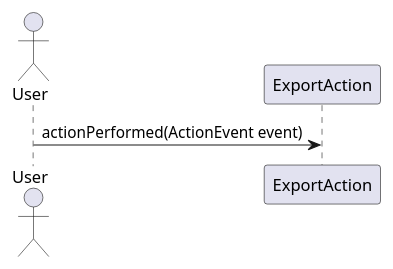
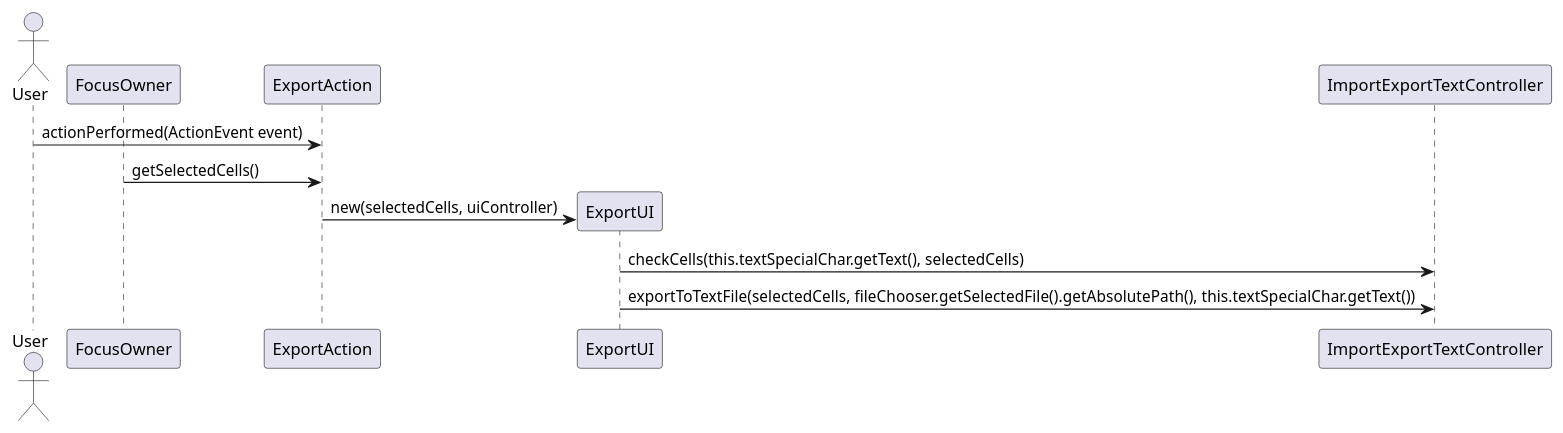
Before and after one commit to PeFerreira98/ISEP.Lic.LAPR4_2017: the diagram in src/main/java/lapr4/green/s1/ipc/n1130626/importexporttext/ipc04.1_design_part6_export.puml, drawn with PlantUML. The commit also changed 3 other files, not shown here.

```diff
--- a/src/main/java/lapr4/green/s1/ipc/n1130626/importexporttext/ipc04.1_design_part6_export.puml
+++ b/src/main/java/lapr4/green/s1/ipc/n1130626/importexporttext/ipc04.1_design_part6_export.puml
@@ -1,5 +1,13 @@
 @startuml ipc04.1_design_part6_export
 actor User
+  participant FocusOwner as FO
   participant ExportAction as EA
-  User -> EA : actionPerformed(ActionEvent event) 
+  participant ExportUI as UI
+  participant ImportExportTextController as IETC 
+  User -> EA : actionPerformed(ActionEvent event)
+  FO -> EA : getSelectedCells()
+  create UI
+  EA -> UI : new(selectedCells, uiController)
+  UI -> IETC : checkCells(this.textSpecialChar.getText(), selectedCells)
+  UI -> IETC : exportToTextFile(selectedCells, fileChooser.getSelectedFile().getAbsolutePath(), this.textSpecialChar.getText()) 
 @enduml
```
